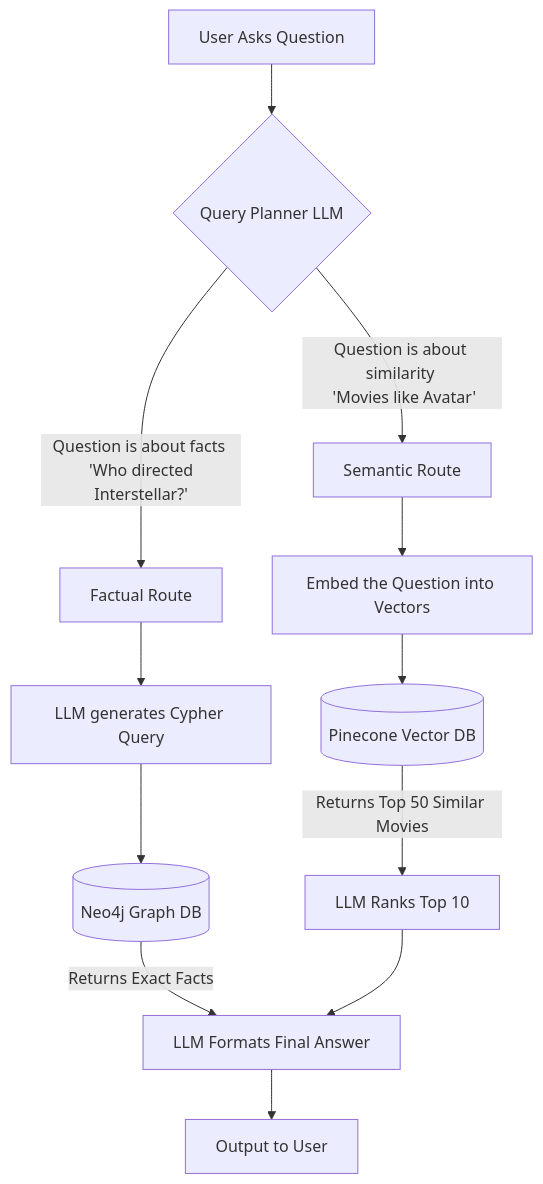
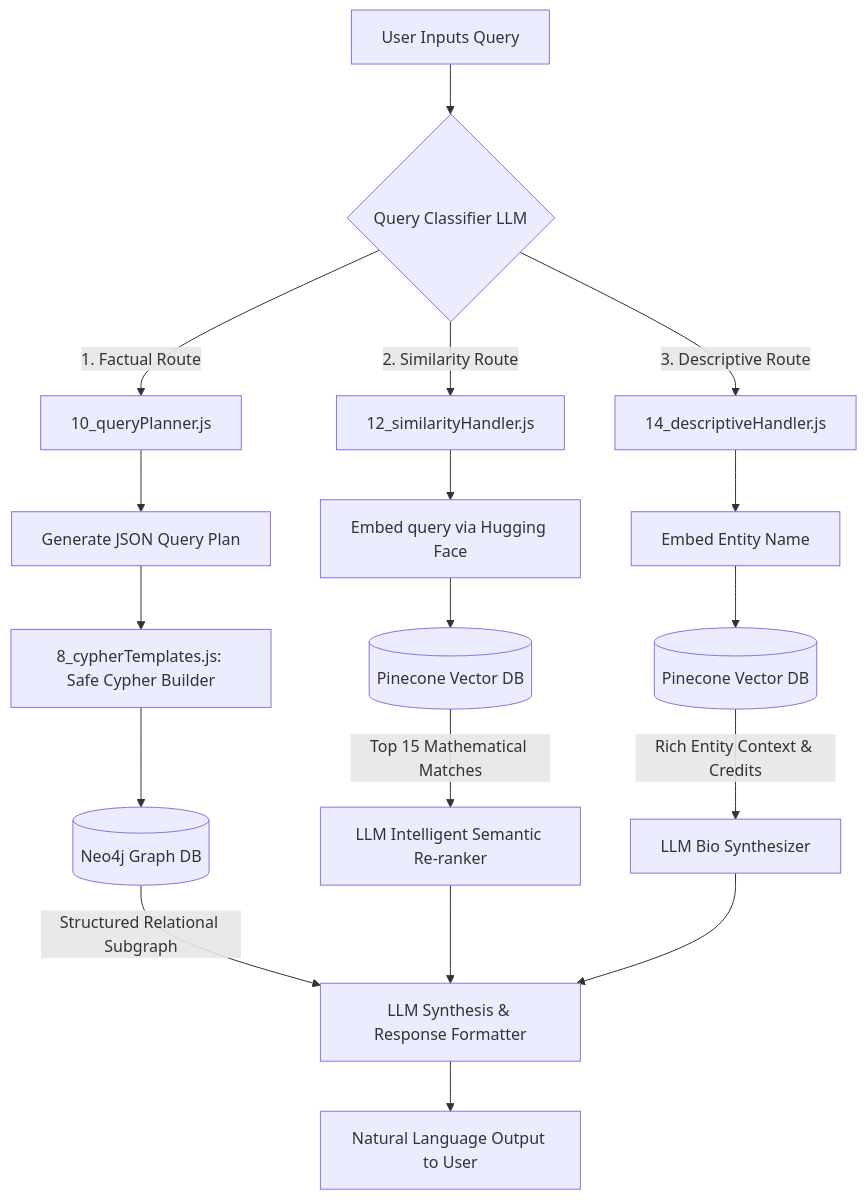
One commit to iamavinashsingh/movie-recommendation changed the diagram in ReadMe.md. Above: the diagram before and after it, drawn with Mermaid. The commit also changed other lines of this file, not shown here.

````diff
--- a/ReadMe.md
+++ b/ReadMe.md
@@ -39,18 +22,27 @@
 ```mermaid
 graph TD;
-    User[User Asks Question] --> Planner{Query Planner LLM};
+    User[User Inputs Query] --> Classifier{Query Classifier LLM};
     
-    Planner -->|Question is about facts \n 'Who directed Interstellar?'| Factual[Factual Route];
-    Planner -->|Question is about similarity \n 'Movies like Avatar'| Semantic[Semantic Route];
+    %% ROUTE A: FACTUAL (Neo4j)
+    Classifier -->|1. Factual Route| Factual[10_queryPlanner.js];
+    Factual --> Plan[Generate JSON Query Plan];
+    Plan --> SafeCypher[8_cypherTemplates.js: Safe Cypher Builder];
+    SafeCypher --> Neo4j[(Neo4j Graph DB)];
+    Neo4j -->|Structured Relational Subgraph| FinalLLM[LLM Synthesis & Response Formatter];
     
-    Factual --> Cypher[LLM generates Cypher Query];
-    Cypher --> Neo4j[(Neo4j Graph DB)];
-    Neo4j -->|Returns Exact Facts| FinalLLM[LLM Formats Final Answer];
-    
-    Semantic --> Embed[Embed the Question into Vectors];
+    %% ROUTE B: SIMILARITY (Pinecone)
+    Classifier -->|2. Similarity Route| Semantic[12_similarityHandler.js];
+    Semantic --> Embed[Embed query via Hugging Face];
     Embed --> Pinecone[(Pinecone Vector DB)];
-    Pinecone -->|Returns Top 50 Similar Movies| Ranker[LLM Ranks Top 10];
+    Pinecone -->|Top 15 Mathematical Matches| Ranker[LLM Intelligent Semantic Re-ranker];
     Ranker --> FinalLLM;
     
-    FinalLLM --> Output[Output to User];
+    %% ROUTE C: DESCRIPTIVE (Pinecone + LLM Metadata Synthesis)
+    Classifier -->|3. Descriptive Route| Descriptive[14_descriptiveHandler.js];
+    Descriptive --> EmbedEntity[Embed Entity Name];
+    EmbedEntity --> PineconeBio[(Pinecone Vector DB)];
+    PineconeBio -->|Rich Entity Context & Credits| ContextSynthesizer[LLM Bio Synthesizer];
+    ContextSynthesizer --> FinalLLM;
+    
+    FinalLLM --> Output[Natural Language Output to User];
 ```
````
